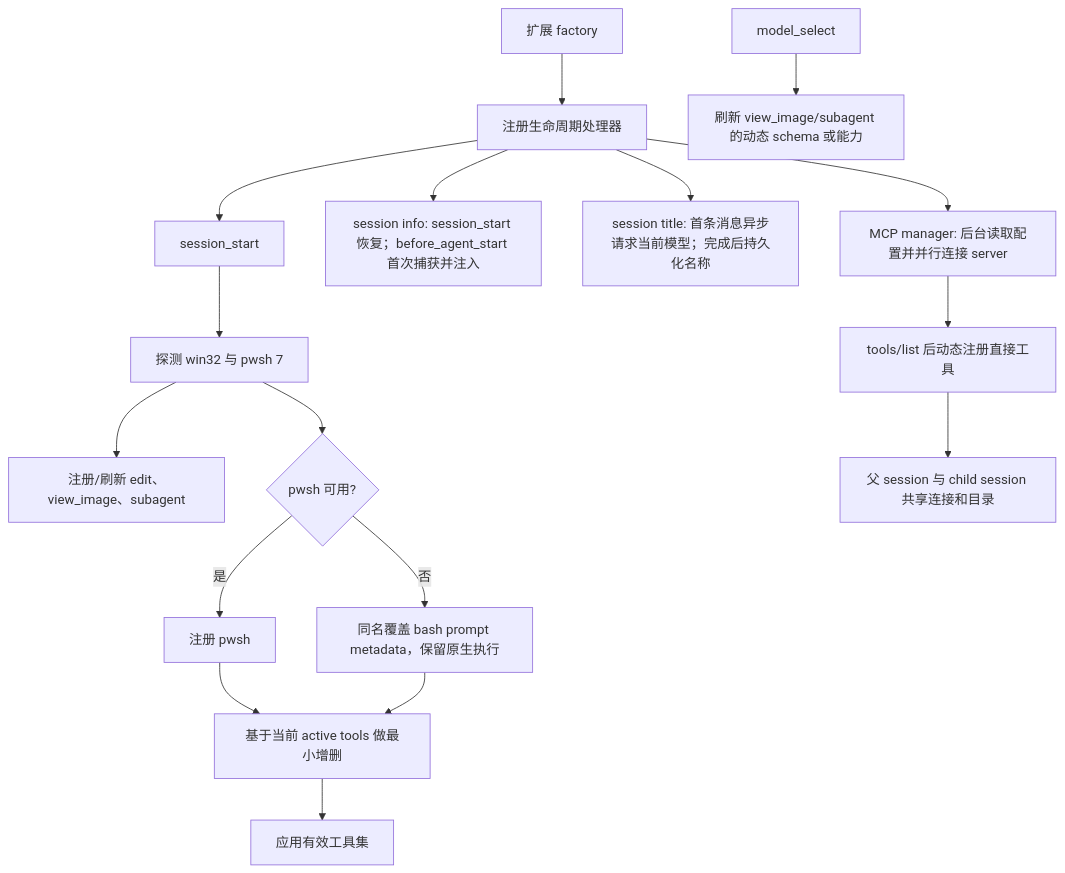
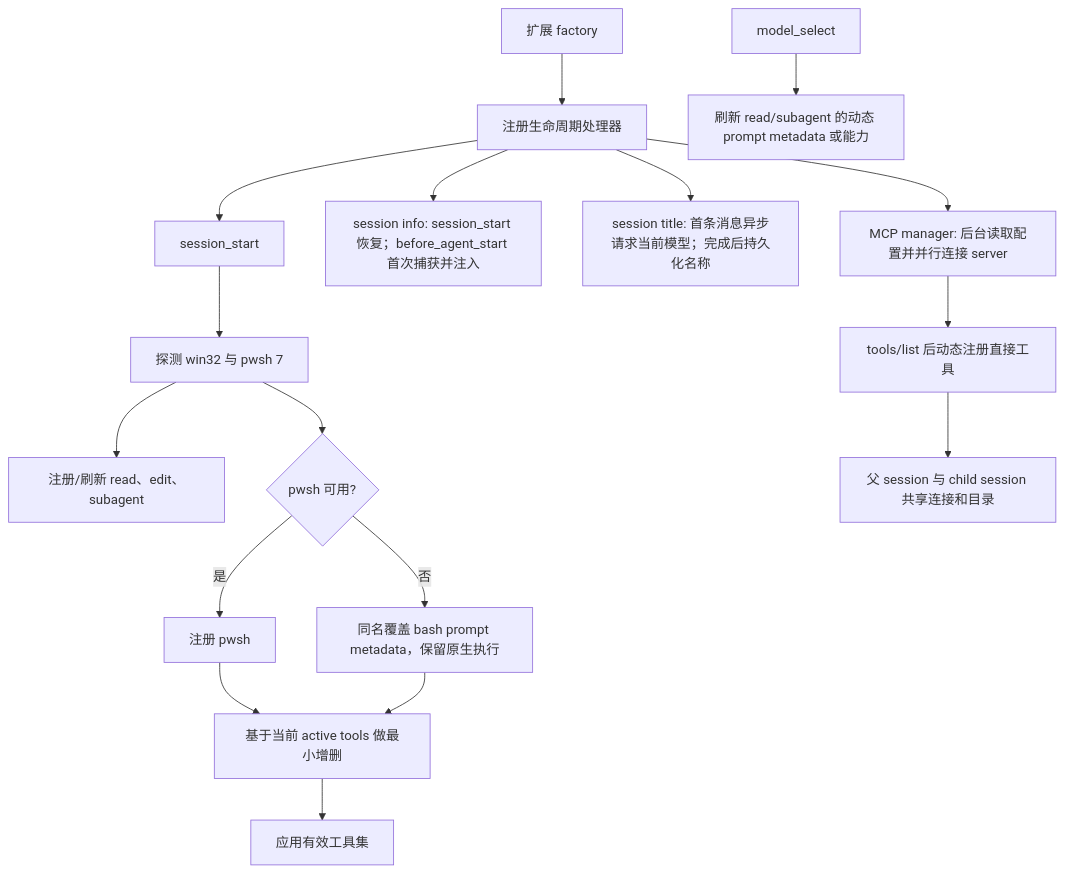
One commit to cha133/pi-enhanced changed the diagram in docs/architecture.md. Above: the diagram before and after it, drawn with Mermaid. The commit also changed other lines of this file and 18 other files, not shown here.

````diff
--- a/docs/architecture.md
+++ b/docs/architecture.md
@@ -30,19 +30,19 @@
 ```mermaid
 flowchart TD
     A["扩展 factory"] --> B["注册生命周期处理器"]
     B --> C["session_start"]
     C --> D["探测 win32 与 pwsh 7"]
-    D --> E["注册/刷新 edit、view_image、subagent"]
+    D --> E["注册/刷新 read、edit、subagent"]
     D --> F{"pwsh 可用?"}
     F -->|是| G["注册 pwsh"]
     F -->|否| H["同名覆盖 bash prompt metadata，保留原生执行"]
     G --> I["基于当前 active tools 做最小增删"]
     H --> I
     I --> J["应用有效工具集"]
-    K["model_select"] --> L["刷新 view_image/subagent 的动态 schema 或能力"]
+    K["model_select"] --> L["刷新 read/subagent 的动态 prompt metadata 或能力"]
     B --> M["session info: session_start 恢复；before_agent_start 首次捕获并注入"]
     B --> N["session title: 首条消息异步请求当前模型；完成后持久化名称"]
     B --> O["MCP manager: 后台读取配置并并行连接 server"]
     O --> P["tools/list 后动态注册直接工具"]
     P --> Q["父 session 与 child session 共享连接和目录"]
 ```
````
